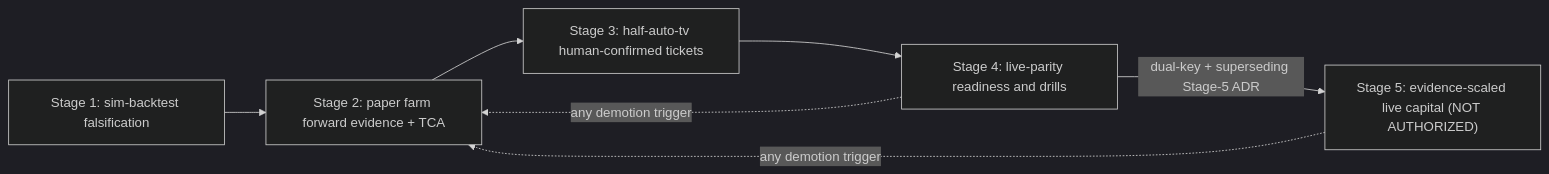
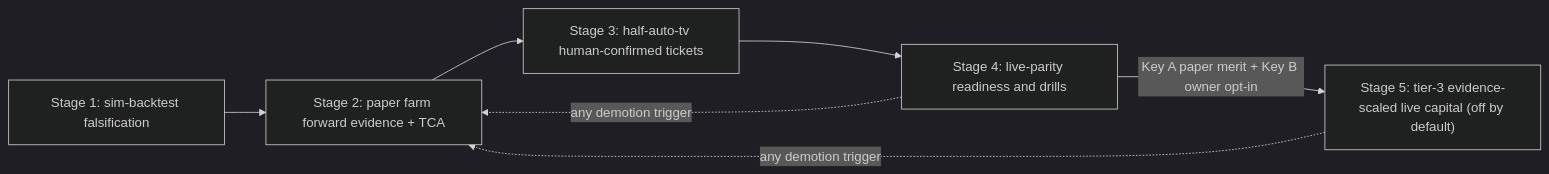
The diagram in docs/adr/ADR-0020.md (seathatflowsinourveins/noesis), drawn with Mermaid (dark theme) before and after one commit. The commit also changed other lines of this file and 64 other files, not shown here.

````diff
--- a/docs/adr/ADR-0020.md
+++ b/docs/adr/ADR-0020.md
@@ -92,9 +92,9 @@
 ```mermaid
 flowchart LR
     S1["Stage 1: sim-backtest falsification"] --> S2["Stage 2: paper farm forward evidence + TCA"]
     S2 --> S3["Stage 3: half-auto-tv human-confirmed tickets"]
     S3 --> S4["Stage 4: live-parity readiness and drills"]
-    S4 -->|"dual-key + superseding Stage-5 ADR"| S5["Stage 5: evidence-scaled live capital (NOT AUTHORIZED)"]
+    S4 -->|"Key A paper merit + Key B owner opt-in"| S5["Stage 5: tier-3 evidence-scaled live capital (off by default)"]
     S5 -.->|"any demotion trigger"| S2
     S4 -.->|"any demotion trigger"| S2
 ```
````
